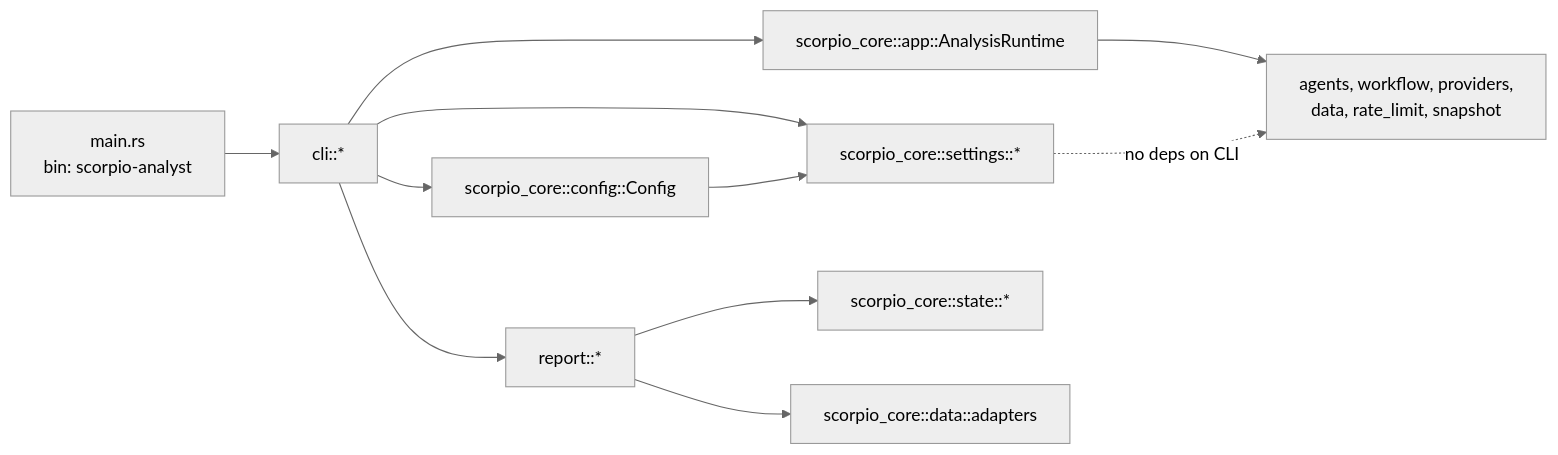
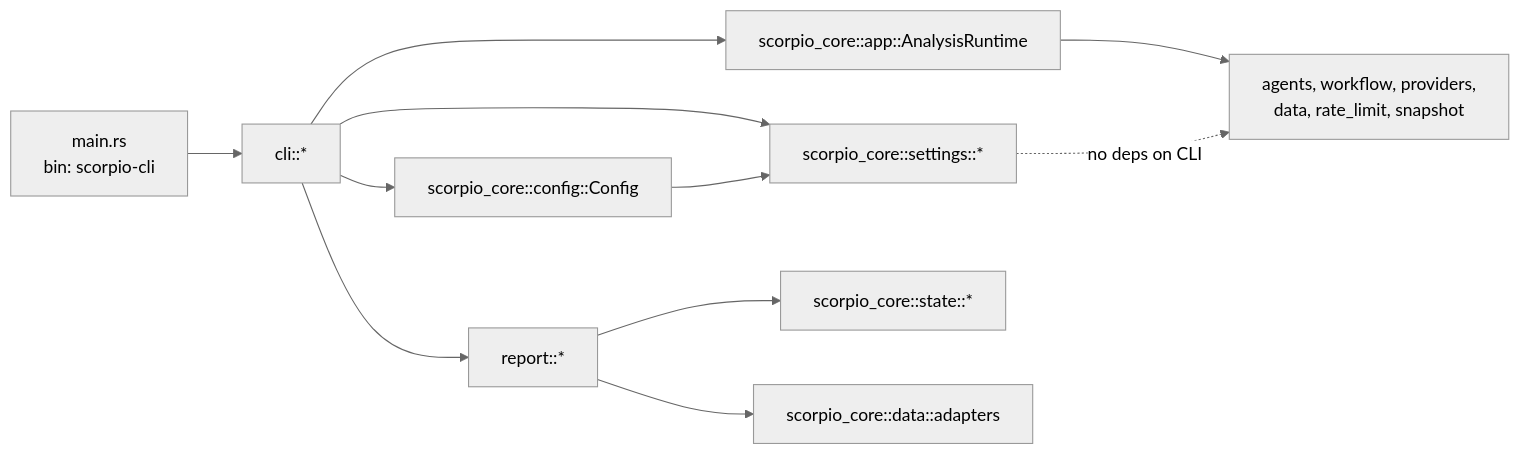
One commit to BigtoC/scorpio-analyst changed the second of 2 diagrams in docs/plans/2026-04-21-001-refactor-core-cli-crate-split-plan.md. Above: the diagram before and after it, drawn with Mermaid (neutral theme). The commit also changed other lines of this file, not shown here.

Commit message:
docs(refactor): rename CLI crate to `scorpio-cli` and update project structure for Cargo workspace

````diff
--- a/docs/plans/2026-04-21-001-refactor-core-cli-crate-split-plan.md
+++ b/docs/plans/2026-04-21-001-refactor-core-cli-crate-split-plan.md
@@ -202,13 +202,13 @@
 ```mermaid
 flowchart LR
-    MAIN[main.rs<br/>bin: scorpio-analyst] --> CLI[cli::*]
+    MAIN[main.rs<br/>bin: scorpio-cli] --> CLI[cli::*]
     CLI --> REPORT[report::*]
     CLI --> CORE_APP[scorpio_core::app::AnalysisRuntime]
     CLI --> CORE_SETTINGS[scorpio_core::settings::*]
     CLI --> CORE_CONFIG[scorpio_core::config::Config]
     REPORT --> CORE_STATE[scorpio_core::state::*]
     REPORT --> CORE_DATA[scorpio_core::data::adapters]
     CORE_APP --> CORE_INTERNALS[agents, workflow, providers,<br/>data, rate_limit, snapshot]
     CORE_SETTINGS -.no deps on CLI.-> CORE_INTERNALS
     CORE_CONFIG --> CORE_SETTINGS
 ```
````
